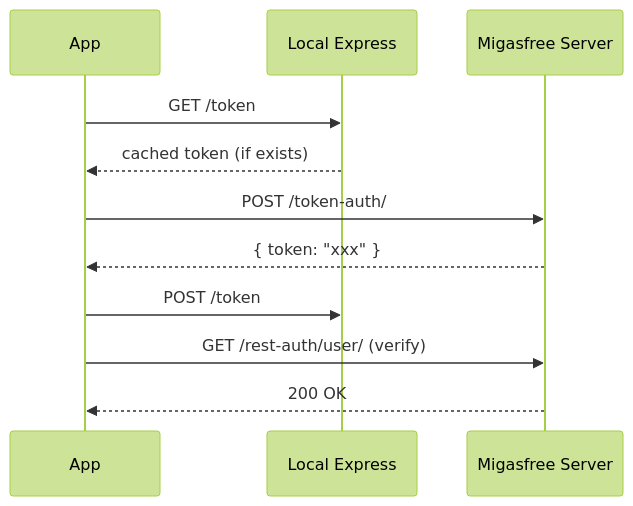
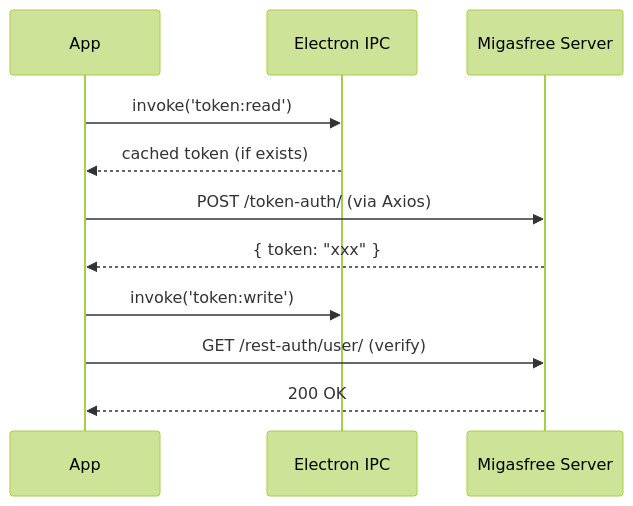
Before and after one commit to migasfree/migasfree-play: the fourth of 4 diagrams in ARCHITECTURE.md, drawn with Mermaid (forest theme). The commit also changed other lines of this file and 2 other files, not shown here.

Commit message:
refactor: express removed

````diff
--- a/ARCHITECTURE.md
+++ b/ARCHITECTURE.md
@@ -274,14 +247,14 @@
 ```mermaid
 sequenceDiagram
     participant App
-    participant Express as Local Express
+    participant IPC as Electron IPC
     participant Server as Migasfree Server
 
-    App->>Express: GET /token
-    Express-->>App: cached token (if exists)
-    App->>Server: POST /token-auth/
+    App->>IPC: invoke('token:read')
+    IPC-->>App: cached token (if exists)
+    App->>Server: POST /token-auth/ (via Axios)
     Server-->>App: { token: "xxx" }
-    App->>Express: POST /token
+    App->>IPC: invoke('token:write')
     App->>Server: GET /rest-auth/user/ (verify)
     Server-->>App: 200 OK
 ```
````
